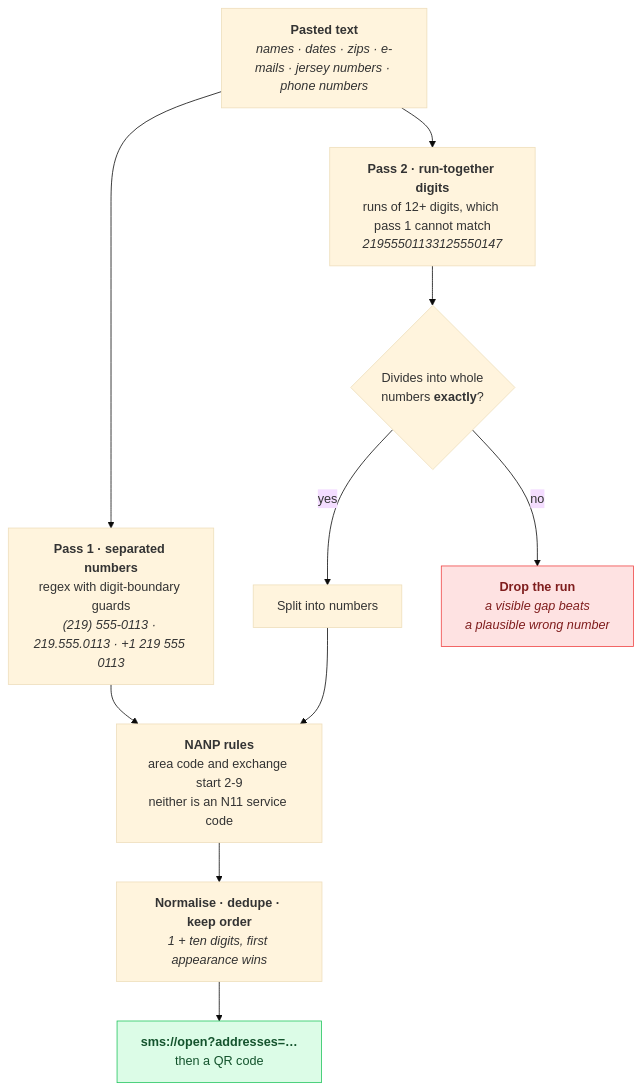
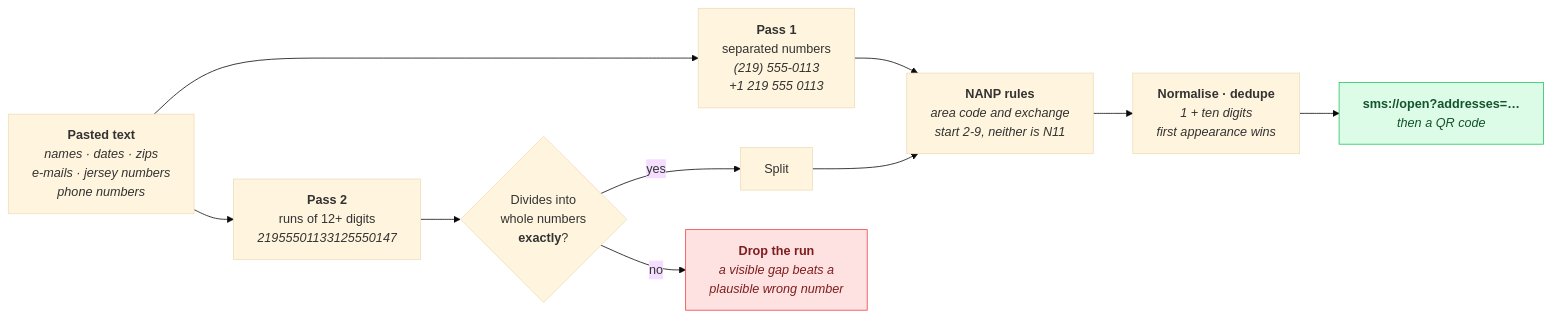
The first of 3 diagrams in README.md (nhudacin/smser), drawn with Mermaid (base theme) before and after one commit. The commit also changed other lines of this file, not shown here.

First line of the commit message:
Fix the diagrams that would not have rendered

````diff
--- a/README.md
+++ b/README.md
@@ -104,24 +104,20 @@
 ```mermaid
-flowchart TD
-    paste["<b>Pasted text</b><br/><i>names · dates · zips · e-mails · jersey numbers · phone numbers</i>"]
+flowchart LR
+    paste["<b>Pasted text</b><br/><i>names · dates · zips<br/>e-mails · jersey numbers<br/>phone numbers</i>"]
 
-    paste --> p1
-    paste --> p2
+    paste --> p1["<b>Pass 1</b><br/>separated numbers<br/><i>(219) 555-0113<br/>+1 219 555 0113</i>"]
+    paste --> p2["<b>Pass 2</b><br/>runs of 12+ digits<br/><i>21955501133125550147</i>"]
 
-    p1["<b>Pass 1 · separated numbers</b><br/>regex with digit-boundary guards<br/><i>(219) 555-0113 · 219.555.0113 · +1 219 555 0113</i>"]
-    p2["<b>Pass 2 · run-together digits</b><br/>runs of 12+ digits, which pass 1 cannot match<br/><i>21955501133125550147</i>"]
+    p2 --> tile{"Divides into<br/>whole numbers<br/><b>exactly</b>?"}
+    tile -->|yes| split["Split"]
+    tile -->|no| drop["<b>Drop the run</b><br/><i>a visible gap beats a<br/>plausible wrong number</i>"]
 
-    p2 --> tile{"Divides into whole<br/>numbers <b>exactly</b>?"}
-    tile -->|yes| split["Split into numbers"]
-    tile -->|no| drop["<b>Drop the run</b><br/><i>a visible gap beats<br/>a plausible wrong number</i>"]
+    p1 --> nanp["<b>NANP rules</b><br/><i>area code and exchange<br/>start 2-9, neither is N11</i>"]
+    split --> nanp
 
-    p1 --> nanp
-    split --> nanp
-    nanp["<b>NANP rules</b><br/>area code and exchange start 2-9<br/>neither is an N11 service code"]
-
-    nanp --> norm["<b>Normalise · dedupe · keep order</b><br/><i>1 + ten digits, first appearance wins</i>"]
-    norm --> out["<b>sms://open?addresses=…</b><br/>then a QR code"]
+    nanp --> norm["<b>Normalise · dedupe</b><br/><i>1 + ten digits<br/>first appearance wins</i>"]
+    norm --> out["<b>sms://open?addresses=…</b><br/><i>then a QR code</i>"]
 
     style drop fill:#fee2e2,stroke:#ef4444,color:#7f1d1d
     style out fill:#dcfce7,stroke:#22c55e,color:#14532d
 ```
````
